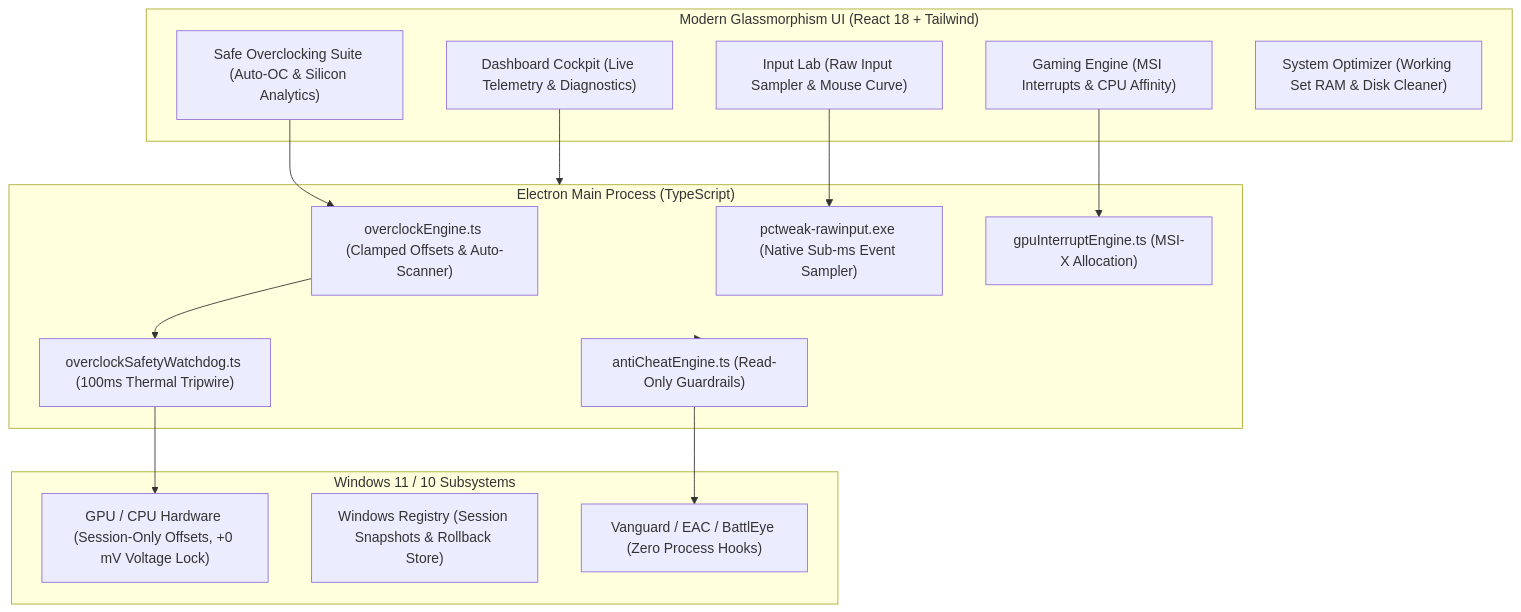
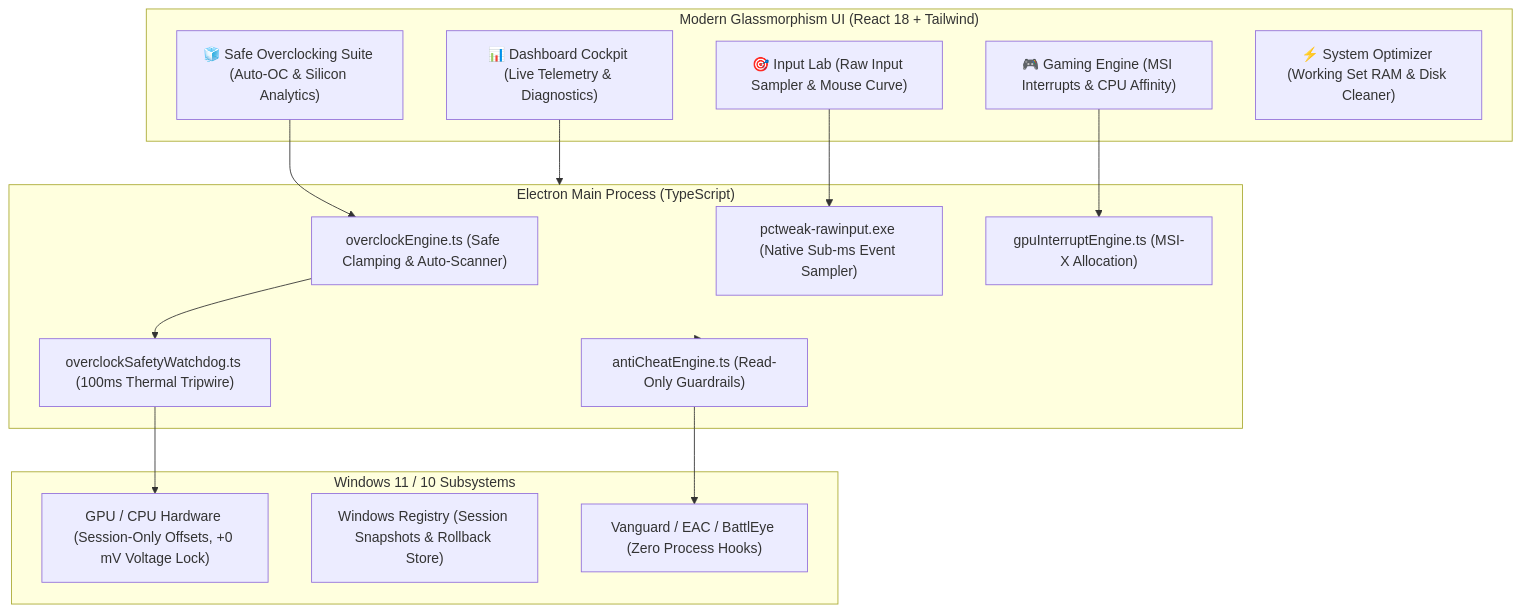
One commit to AdamBarfii/PC-Tweak changed the diagram in README.md. Above: the diagram before and after it, drawn with Mermaid. The commit also changed other lines of this file, not shown here.

````diff
--- a/README.md
+++ b/README.md
@@ -25,33 +100,33 @@
 ```mermaid
 flowchart TD
     subgraph UI ["Modern Glassmorphism UI (React 18 + Tailwind)"]
-        Dash["Dashboard Cockpit (Live Telemetry & Diagnostics)"]
-        OverclockUI["Safe Overclocking Suite (Auto-OC & Silicon Analytics)"]
-        InputUI["Input Lab (Raw Input Sampler & Mouse Curve)"]
-        GamingUI["Gaming Engine (MSI Interrupts & CPU Affinity)"]
-        OptUI["System Optimizer (Working Set RAM & Disk Cleaner)"]
+        Dash["📊 Dashboard Cockpit (Live Telemetry & Diagnostics)"]
+        OverclockUI["🧊 Safe Overclocking Suite (Auto-OC & Silicon Analytics)"]
+        InputUI["🎯 Input Lab (Raw Input Sampler & Mouse Curve)"]
+        GamingUI["🎮 Gaming Engine (MSI Interrupts & CPU Affinity)"]
+        OptUI["⚡ System Optimizer (Working Set RAM & Disk Cleaner)"]
     end
 
     subgraph Core ["Electron Main Process (TypeScript)"]
-        OverclockEngine["overclockEngine.ts (Clamped Offsets & Auto-Scanner)"]
+        OverclockEngine["overclockEngine.ts (Safe Clamping & Auto-Scanner)"]
         Watchdog["overclockSafetyWatchdog.ts (100ms Thermal Tripwire)"]
         RawInputNative["pctweak-rawinput.exe (Native Sub-ms Event Sampler)"]
         MsiEngine["gpuInterruptEngine.ts (MSI-X Allocation)"]
         AntiCheat["antiCheatEngine.ts (Read-Only Guardrails)"]
     end
 
     subgraph OS ["Windows 11 / 10 Subsystems"]
         HW["GPU / CPU Hardware (Session-Only Offsets, +0 mV Voltage Lock)"]
         Reg["Windows Registry (Session Snapshots & Rollback Store)"]
         AntiCheatDrivers["Vanguard / EAC / BattlEye (Zero Process Hooks)"]
     end
 
     Dash --> Core
     OverclockUI --> OverclockEngine
     OverclockEngine --> Watchdog
     Watchdog --> HW
     InputUI --> RawInputNative
     GamingUI --> MsiEngine
     Core --> AntiCheat
     AntiCheat --> AntiCheatDrivers
 ```
````
